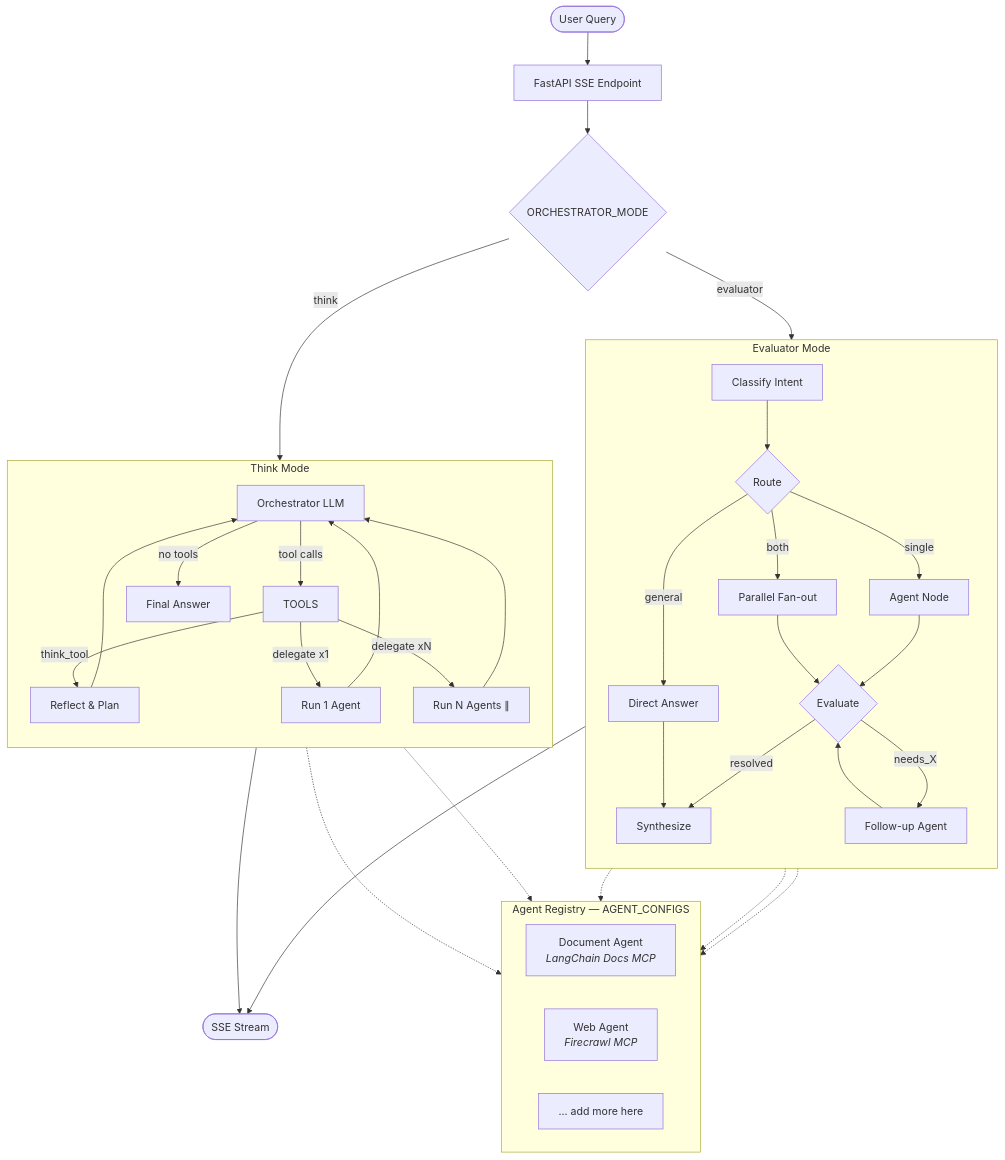
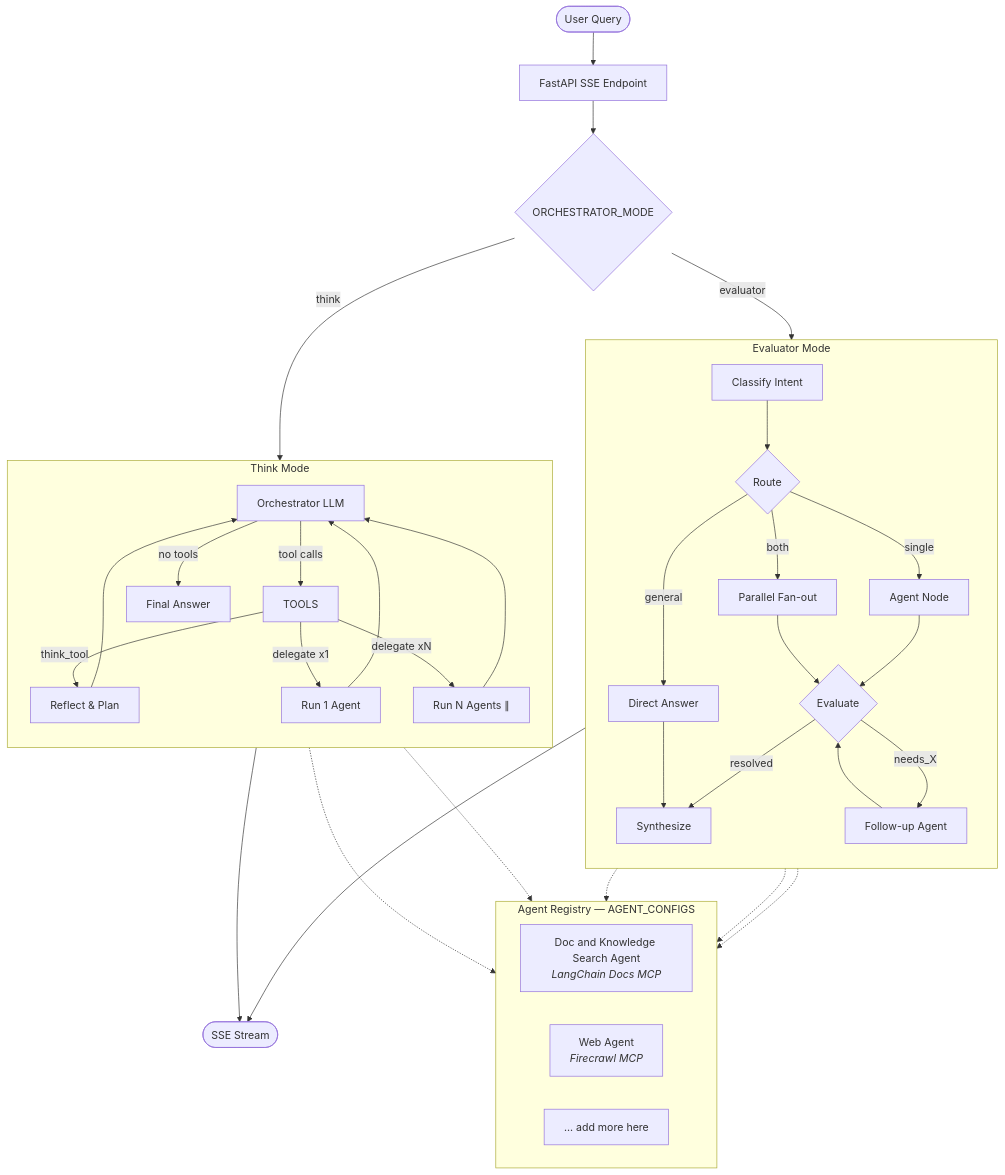
The first of 2 diagrams in multiagent-orchestrator-streaming/README.md (ankurkumarz/langgraph-blueprint-apps), drawn with Mermaid before and after one commit. The commit also changed 3 other files, not shown here.

````diff
--- a/multiagent-orchestrator-streaming/README.md
+++ b/multiagent-orchestrator-streaming/README.md
@@ -7,49 +7,49 @@
 ```mermaid
 graph TB
     User([User Query]) --> API[FastAPI SSE Endpoint]
     API --> MODE{ORCHESTRATOR_MODE}
 
     MODE -->|evaluator| EVAL_ORCH
     MODE -->|think| THINK_ORCH
 
     subgraph EVAL_ORCH [Evaluator Mode]
         direction TB
         CLS[Classify Intent] --> ROUTE{Route}
         ROUTE -->|single| AGENT_N[Agent Node]
         ROUTE -->|both| PAR[Parallel Fan-out]
         ROUTE -->|general| DIRECT[Direct Answer]
         AGENT_N --> EVALUATE{Evaluate}
         PAR --> EVALUATE
         EVALUATE -->|resolved| SYNTH[Synthesize]
         EVALUATE -->|needs_X| FOLLOWUP[Follow-up Agent]
         FOLLOWUP --> EVALUATE
         DIRECT --> SYNTH
     end
 
     subgraph THINK_ORCH [Think Mode]
         direction TB
         ORCH_LLM[Orchestrator LLM] -->|tool calls| TOOLS
         TOOLS -->|think_tool| REFLECT[Reflect & Plan]
         TOOLS -->|delegate x1| SINGLE_D[Run 1 Agent]
         TOOLS -->|delegate xN| MULTI_D[Run N Agents ∥]
         REFLECT --> ORCH_LLM
         SINGLE_D --> ORCH_LLM
         MULTI_D --> ORCH_LLM
         ORCH_LLM -->|no tools| FINAL[Final Answer]
     end
 
     subgraph REGISTRY [Agent Registry — AGENT_CONFIGS]
-        DOC[Document Agent<br/><i>LangChain Docs MCP</i>]
+        DOC[Doc and Knowledge Search Agent<br/><i>LangChain Docs MCP</i>]
         WEB[Web Agent<br/><i>Firecrawl MCP</i>]
         MORE[... add more here]
     end
 
     AGENT_N -.-> REGISTRY
     PAR -.-> REGISTRY
     FOLLOWUP -.-> REGISTRY
     SINGLE_D -.-> REGISTRY
     MULTI_D -.-> REGISTRY
 
     SYNTH --> SSE([SSE Stream])
     FINAL --> SSE
 ```
````
